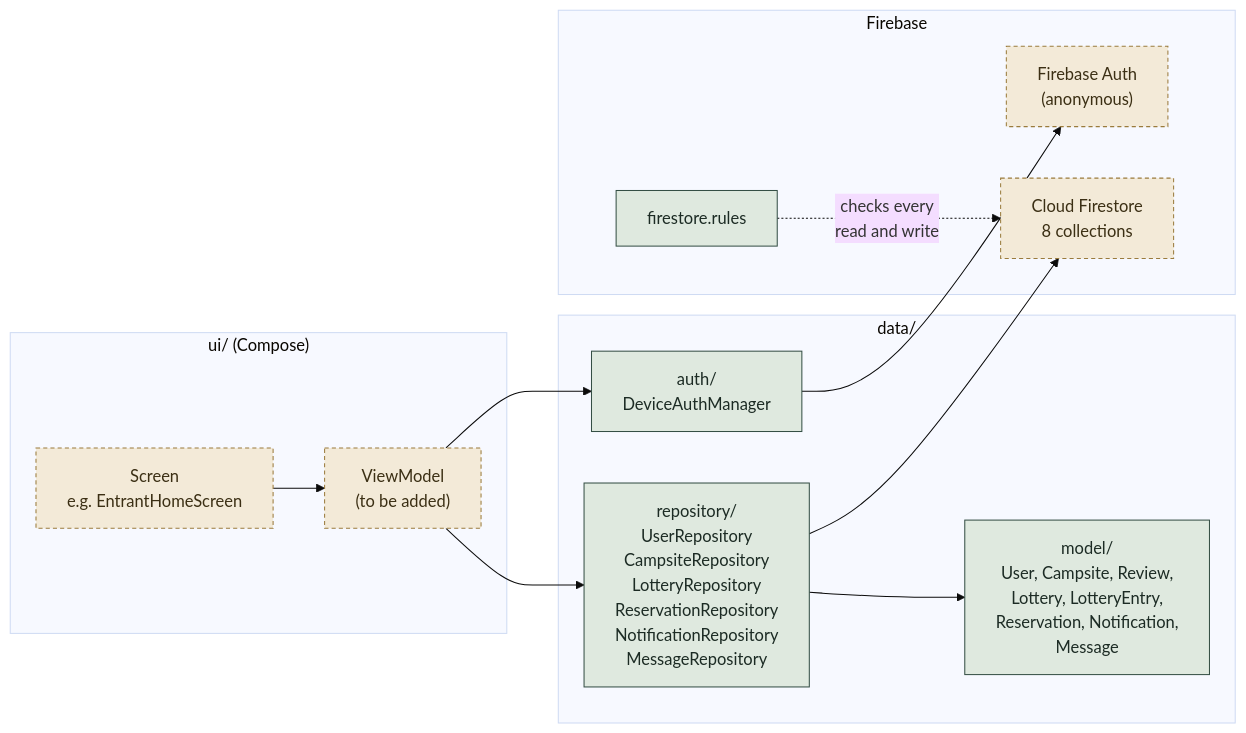
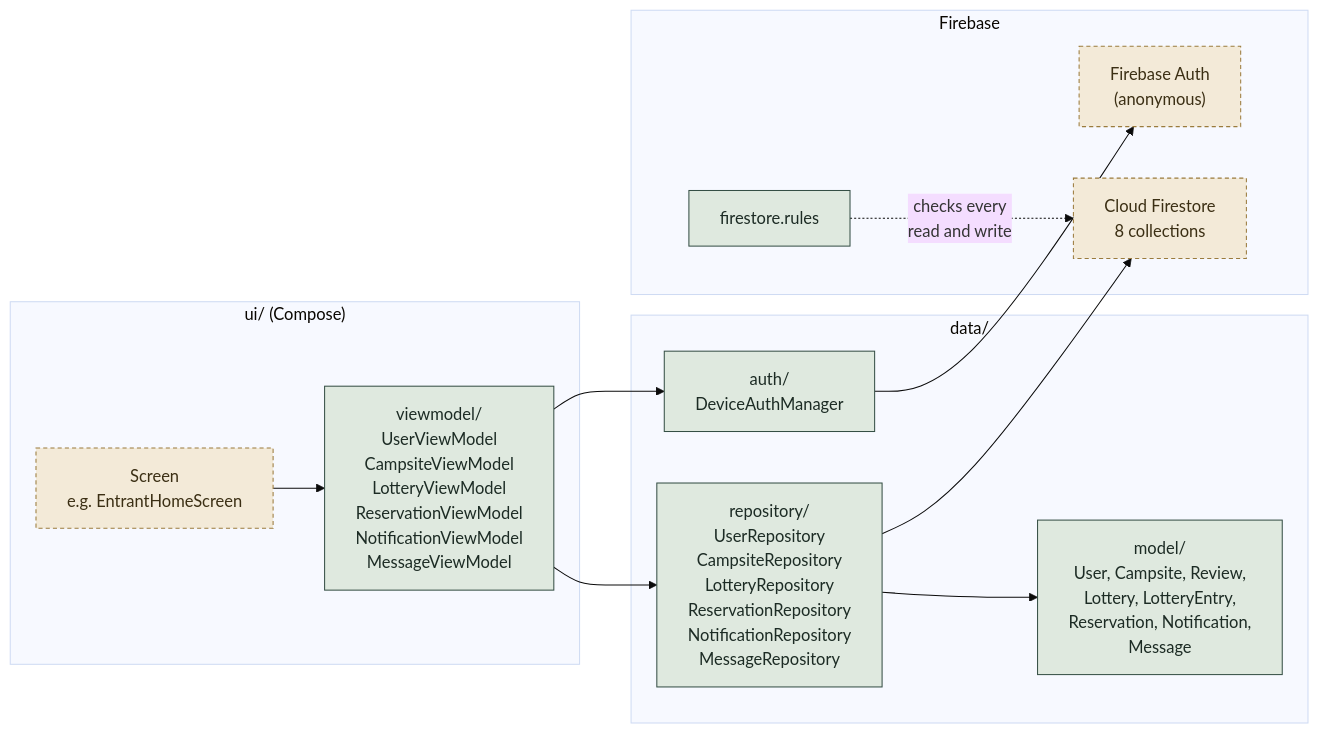
Before and after one commit to CMPUT-301-Turing/turing: the diagram in doc/part_3/database_design.md, drawn with Mermaid (base theme). The commit also changed other lines of this file and 17 other files, not shown here.

````diff
--- a/doc/part_3/database_design.md
+++ b/doc/part_3/database_design.md
@@ -184,30 +184,30 @@
 ```mermaid
 flowchart LR
     subgraph UI["ui/  (Compose)"]
         S["Screen<br/>e.g. EntrantHomeScreen"]
-        VM["ViewModel<br/>(to be added)"]
+        VM["viewmodel/<br/>UserViewModel<br/>CampsiteViewModel<br/>LotteryViewModel<br/>ReservationViewModel<br/>NotificationViewModel<br/>MessageViewModel"]
     end
     subgraph DATA["data/"]
         AUTH["auth/<br/>DeviceAuthManager"]
         REPO["repository/<br/>UserRepository<br/>CampsiteRepository<br/>LotteryRepository<br/>ReservationRepository<br/>NotificationRepository<br/>MessageRepository"]
         MODEL["model/<br/>User, Campsite, Review,<br/>Lottery, LotteryEntry,<br/>Reservation, Notification,<br/>Message"]
     end
     subgraph FB["Firebase"]
         FA["Firebase Auth<br/>(anonymous)"]
         FS["Cloud Firestore<br/>8 collections"]
         RULES["firestore.rules"]
     end
 
     S --> VM
     VM --> AUTH
     VM --> REPO
     REPO --> MODEL
     AUTH --> FA
     REPO --> FS
     RULES -. "checks every<br/>read and write" .-> FS
 
     classDef done fill:#dfe9df,stroke:#354F45,color:#1c2b24
     classDef todo fill:#f3ead8,stroke:#9a7b3c,color:#3b2f14,stroke-dasharray:4 3
-    class AUTH,REPO,MODEL,RULES done
-    class S,VM,FA,FS todo
+    class AUTH,REPO,MODEL,RULES,VM done
+    class S,FA,FS todo
 ```
````
